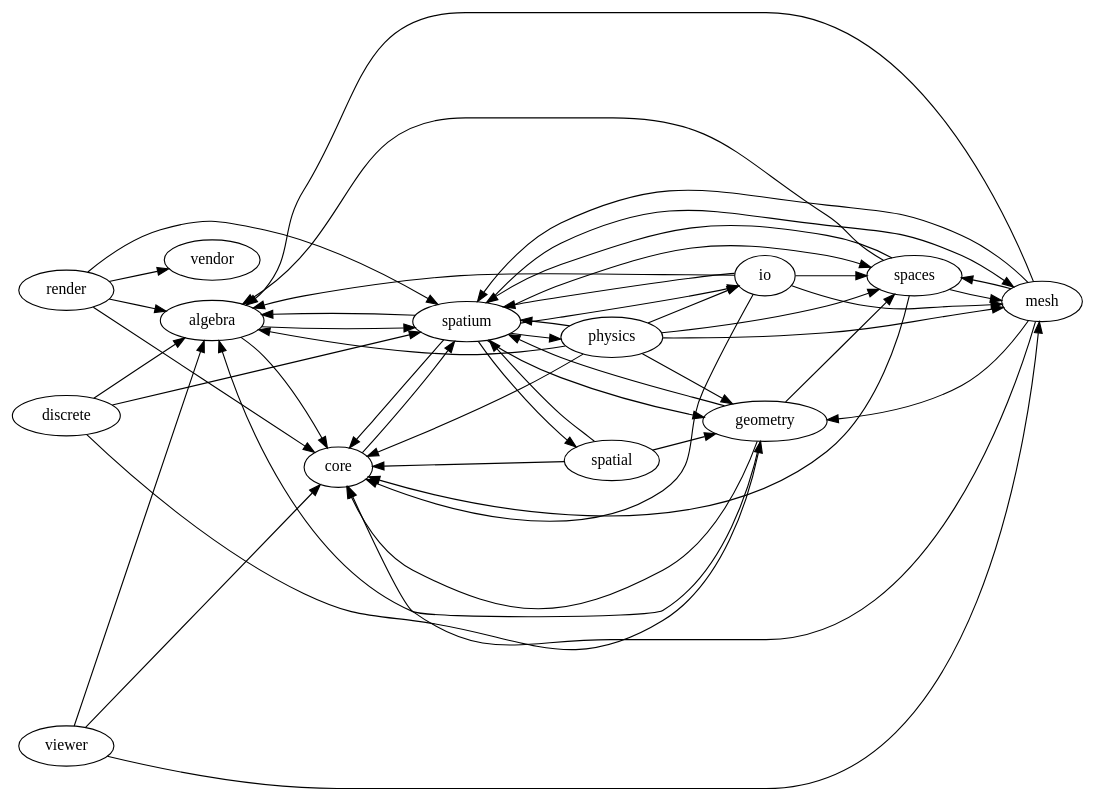
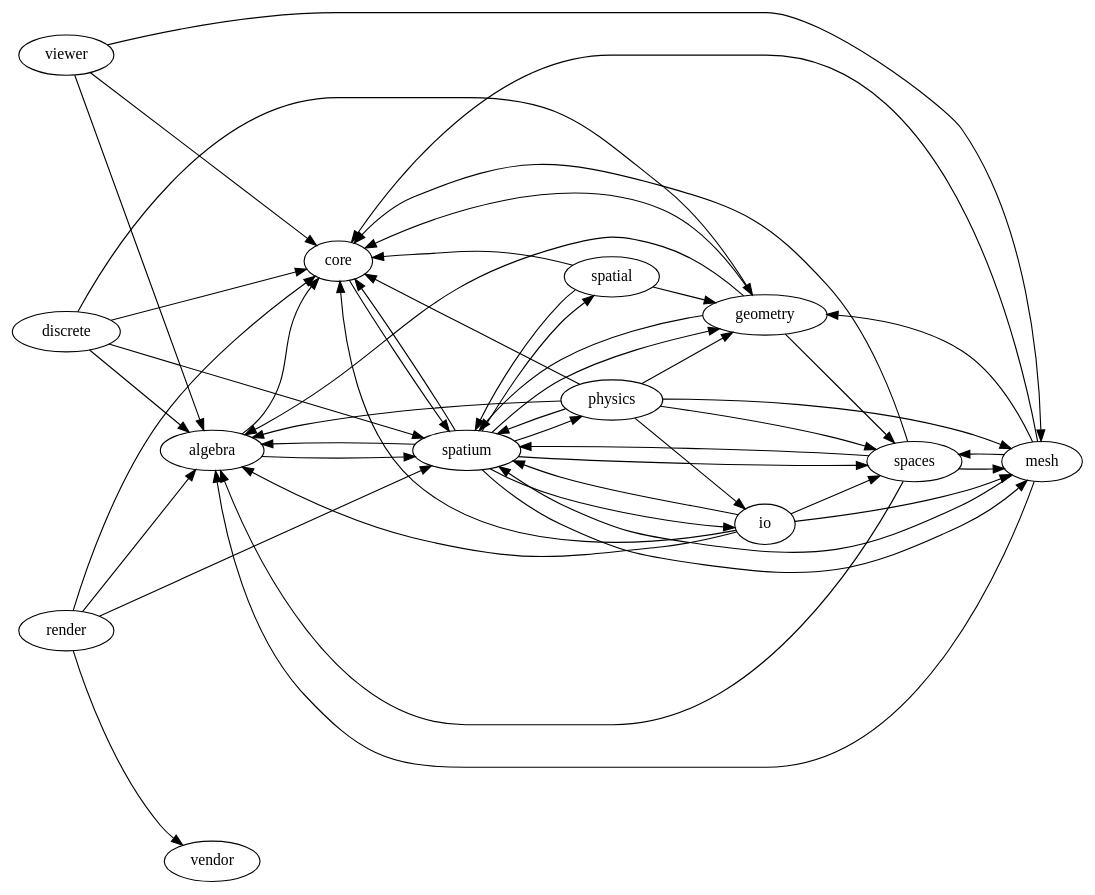
One commit to Vaniell0/spatium changed the diagram in docs/dependency-graph.dot. Above: the diagram before and after it, drawn with Graphviz. The commit also changed 3 other files, not shown here.

```diff
--- a/docs/dependency-graph.dot
+++ b/docs/dependency-graph.dot
@@ -1,52 +1,53 @@
 digraph spatium_dependencies {
     rankdir=LR;
     "algebra" -> "core";
     "algebra" -> "spatium";
     "core" -> "spatium";
     "discrete" -> "algebra";
+    "discrete" -> "core";
     "discrete" -> "geometry";
     "discrete" -> "spatium";
     "geometry" -> "algebra";
     "geometry" -> "core";
     "geometry" -> "spaces";
     "geometry" -> "spatium";
     "io" -> "algebra";
     "io" -> "core";
     "io" -> "mesh";
     "io" -> "spaces";
     "io" -> "spatium";
     "mesh" -> "algebra";
     "mesh" -> "core";
     "mesh" -> "geometry";
     "mesh" -> "spaces";
     "mesh" -> "spatium";
     "physics" -> "algebra";
     "physics" -> "core";
     "physics" -> "geometry";
     "physics" -> "io";
     "physics" -> "mesh";
     "physics" -> "spaces";
     "physics" -> "spatium";
     "render" -> "algebra";
     "render" -> "core";
     "render" -> "spatium";
     "render" -> "vendor";
     "spaces" -> "algebra";
     "spaces" -> "core";
     "spaces" -> "mesh";
     "spaces" -> "spatium";
     "spatial" -> "core";
     "spatial" -> "geometry";
     "spatial" -> "spatium";
     "spatium" -> "algebra";
     "spatium" -> "core";
     "spatium" -> "geometry";
     "spatium" -> "io";
     "spatium" -> "mesh";
     "spatium" -> "physics";
     "spatium" -> "spaces";
     "spatium" -> "spatial";
     "viewer" -> "algebra";
     "viewer" -> "core";
     "viewer" -> "mesh";
 }
```
